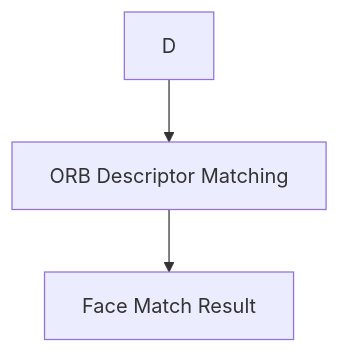
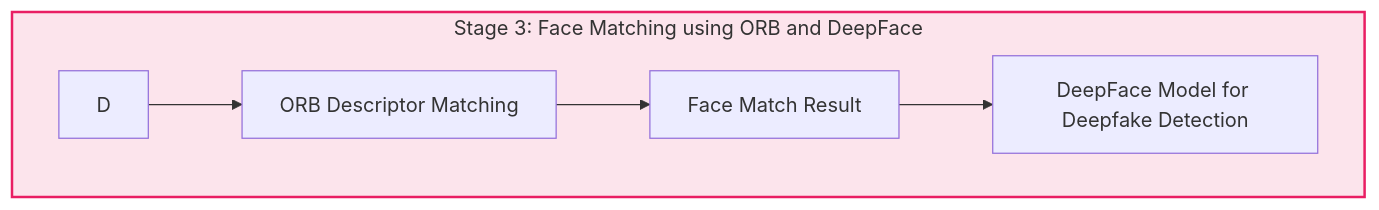
Before and after one commit to Tharun-selladurai/face_liveliness_web_platform: the fourth of 7 diagrams in README.md, drawn with Mermaid. The commit also changed other lines of this file, not shown here.

````diff
--- a/README.md
+++ b/README.md
@@ -52,5 +48,8 @@
-    ```mermaid
-    graph TD;
-        D --> E[ORB Descriptor Matching];
-        E --> F[Face Match Result];
-    ```
+```mermaid
+graph TD;
+    subgraph Stage3[Stage 3: Face Matching using ORB and DeepFace]
+    style Stage3 fill:#FCE4EC,stroke:#E91E63,stroke-width:2px;
+        D --> E[ORB Descriptor Matching]
+        E --> F[Face Match Result] --> G[DeepFace Model for Deepfake Detection]
+    end
+```
````
